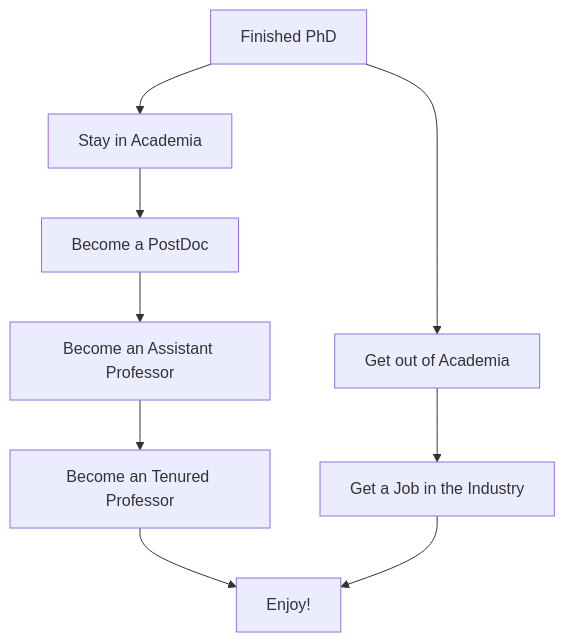
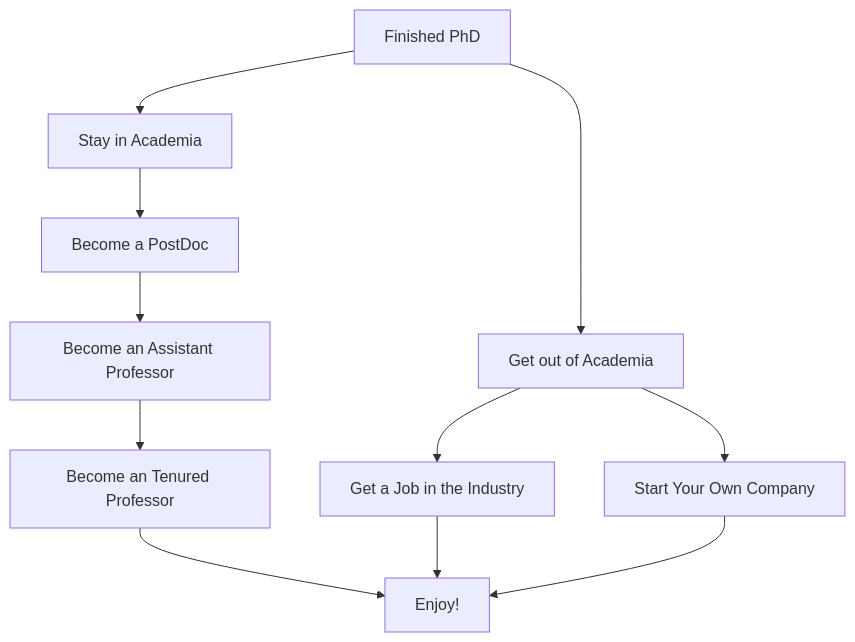
One commit to cesarsotovalero/cesarsotovalero.github.io changed the diagram in _posts/2022/2022-02-22-how-phd-profiles-are-evaluated.md. Above: the diagram before and after it, drawn with Mermaid. The commit also changed other lines of this file and 1 other file, not shown here.

```diff
--- a/_posts/2022/2022-02-22-how-phd-profiles-are-evaluated.md
+++ b/_posts/2022/2022-02-22-how-phd-profiles-are-evaluated.md
@@ -46,11 +47,13 @@
 {% mermaid %}
 flowchart TB;
 a[Finished PhD] --> b[Stay in Academia];
 a[Finished PhD] --> c[Get out of Academia];
 c[Get out of Academia] --> j[Get a Job in the Industry];
+c[Get out of Academia] --> z[Start Your Own Company];
 b[Stay in Academia] --> d[Become a PostDoc];
 d[Become a PostDoc] --> e[Become an Assistant Professor];
 e[Become an Assistant Professor] --> f[Become an Tenured Professor];
 f[Become an Tenured Professor] --> k[Enjoy!];
 j[Get a Job in the Industry] --> k[Enjoy!];
+z[Start Your Own Company] --> k[Enjoy!];
 {% endmermaid %}
```
